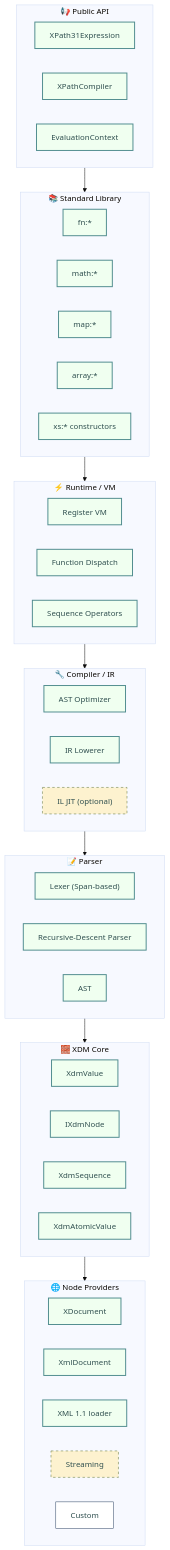
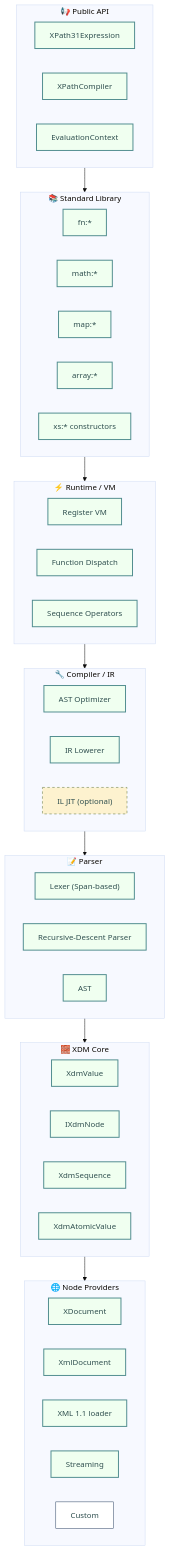
The first of 5 diagrams in docs/ARCHITECTURE.md (Fytala-Charles/Bosak), drawn with Mermaid (base theme) before and after one commit. The commit also changed other lines of this file and 6 other files, not shown here.

First line of the commit message:
docs: streaming Phase A — roadmap, integration guide, architecture, handover (7333cc9)

````diff
--- a/docs/ARCHITECTURE.md
+++ b/docs/ARCHITECTURE.md
@@ -29,64 +29,64 @@
 ```mermaid
 flowchart TB
     subgraph API["📢 Public API"]
         EXP["XPath31Expression"]
         COMP["XPathCompiler"]
         ECTX["EvaluationContext"]
     end
 
     subgraph STD["📚 Standard Library"]
         FN["fn:*"]
         MATH["math:*"]
         MAP["map:*"]
         ARR["array:*"]
         XS["xs:* constructors"]
     end
 
     subgraph RT["⚡ Runtime / VM"]
         VM["Register VM"]
         FD["Function Dispatch"]
         SO["Sequence Operators"]
     end
 
     subgraph CP["🔧 Compiler / IR"]
         ASTO["AST Optimizer"]
         IRL["IR Lowerer"]
         JIT["IL JIT (optional)"]
     end
 
     subgraph PR["📝 Parser"]
         LEX["Lexer (Span-based)"]
         PAR["Recursive-Descent Parser"]
         AST["AST"]
     end
 
     subgraph XC["🧱 XDM Core"]
         XV["XdmValue"]
         XN["IXdmNode"]
         XSQ["XdmSequence"]
         XAV["XdmAtomicValue"]
     end
 
     subgraph NP["🌐 Node Providers"]
         XD["XDocument"]
         XMLD["XmlDocument"]
         X11["XML 1.1 loader"]
         STR["Streaming"]
         CUST["Custom"]
     end
 
     API --> STD
     STD --> RT
     RT --> CP
     CP --> PR
     PR --> XC
     XC --> NP
 
     classDef current fill:#F0FFF0,stroke:#518D8F,color:#2F4F4F,stroke-width:2px
     classDef external fill:#FFFFFF,stroke:#293F5F,color:#2F4F4F
     classDef planned fill:#FDF2CF,stroke:#556B2F,color:#2F4F4F,stroke-dasharray:5 5
 
-    class EXP,COMP,ECTX,FN,MATH,MAP,ARR,XS,VM,FD,SO,ASTO,IRL,LEX,PAR,AST,XV,XN,XSQ,XAV,XD,XMLD,X11 current
-    class JIT,STR planned
+    class EXP,COMP,ECTX,FN,MATH,MAP,ARR,XS,VM,FD,SO,ASTO,IRL,LEX,PAR,AST,XV,XN,XSQ,XAV,XD,XMLD,X11,STR current
+    class JIT planned
     class CUST external
 ```
````
